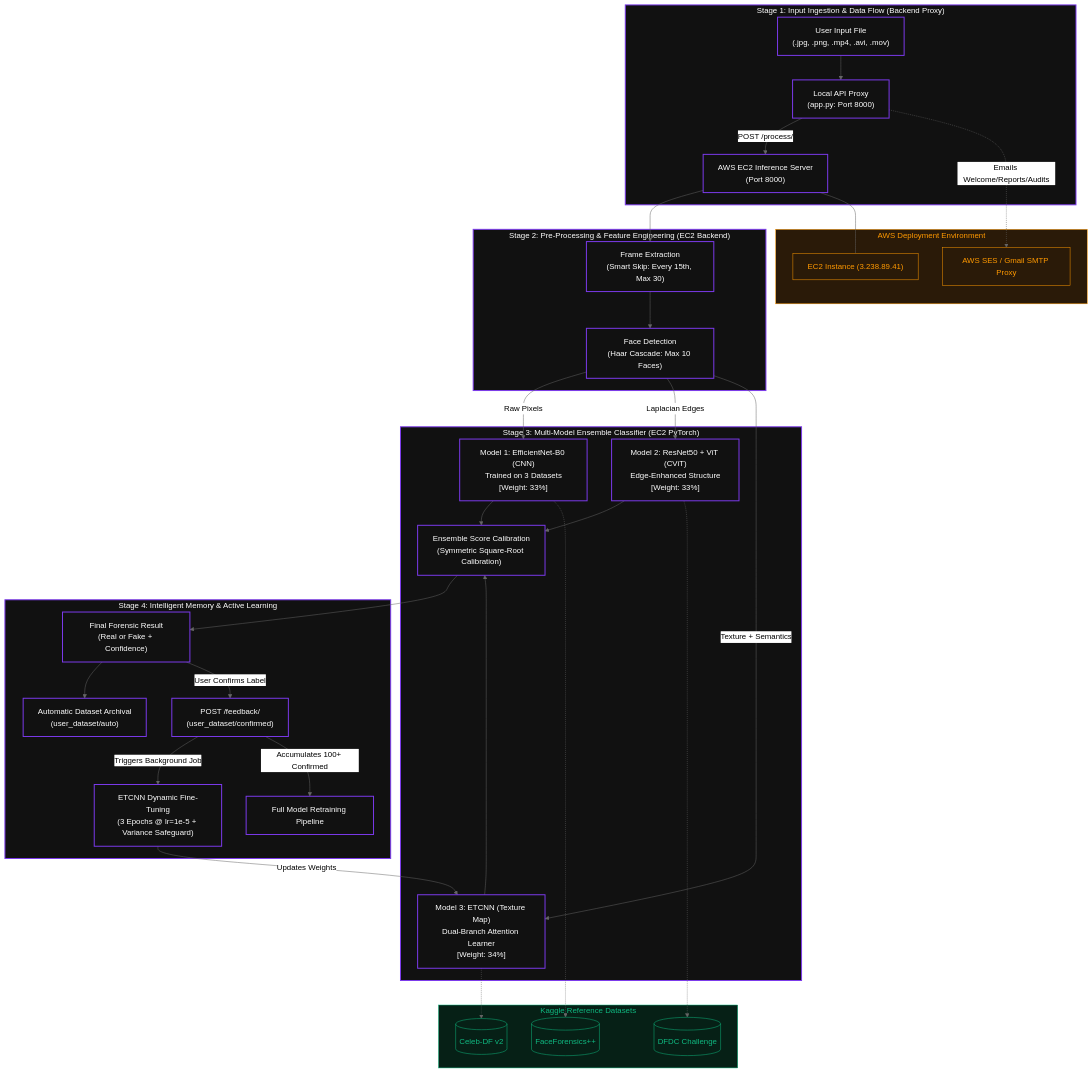
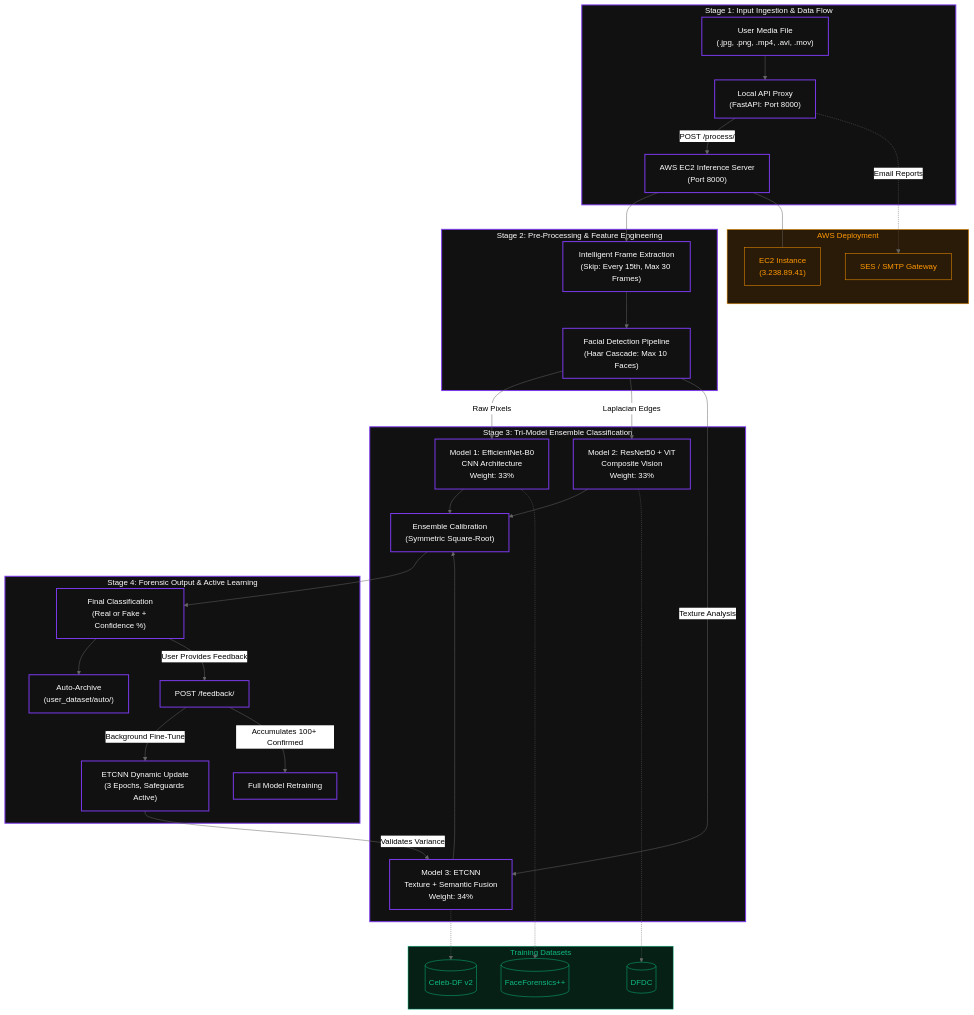
Before and after one commit to VisionStack-404/TrueVision: the diagram in README.md, drawn with Mermaid (neutral theme). The commit also changed other lines of this file, not shown here.

````diff
--- a/README.md
+++ b/README.md
@@ -20,64 +42,64 @@
 ```mermaid
 flowchart TB
-    %% Colors and Styles
+    %% Styling
     classDef stage fill:#111,stroke:#7c3aed,stroke-width:2px,color:#fff;
     classDef component fill:#1d1b26,stroke:#a78bfa,stroke-width:1px,color:#ddd;
     classDef dataset fill:#062016,stroke:#10b981,stroke-width:1px,color:#10b981;
     classDef aws fill:#2a1a08,stroke:#ff9900,stroke-width:1px,color:#ff9900;
     
-    subgraph STAGE1 ["Stage 1: Input Ingestion & Data Flow (Backend Proxy)"]
-        A["User Input File<br>(.jpg, .png, .mp4, .avi, .mov)"] --> B["Local API Proxy<br>(app.py: Port 8000)"]
-        B -->|POST /process/| C["AWS EC2 Inference Server<br>(Port 8000)"]
+    subgraph STAGE1 ["Stage 1: Input Ingestion & Data Flow"]
+        A["User Media File<br/>(.jpg, .png, .mp4, .avi, .mov)"] --> B["Local API Proxy<br/>(FastAPI: Port 8000)"]
+        B -->|POST /process/| C["AWS EC2 Inference Server<br/>(Port 8000)"]
     end
     class STAGE1,A,B,C stage;
 
-    subgraph STAGE2 ["Stage 2: Pre-Processing & Feature Engineering (EC2 Backend)"]
-        C --> D["Frame Extraction<br>(Smart Skip: Every 15th, Max 30)"]
-        D --> E["Face Detection<br>(Haar Cascade: Max 10 Faces)"]
+    subgraph STAGE2 ["Stage 2: Pre-Processing & Feature Engineering"]
+        C --> D["Intelligent Frame Extraction<br/>(Skip: Every 15th, Max 30 Frames)"]
+        D --> E["Facial Detection Pipeline<br/>(Haar Cascade: Max 10 Faces)"]
     end
     class STAGE2,D,E stage;
 
-    subgraph STAGE3 ["Stage 3: Multi-Model Ensemble Classifier (EC2 PyTorch)"]
-        E -->|Raw Pixels| M1["Model 1: EfficientNet-B0 (CNN)<br>Trained on 3 Datasets<br>[Weight: 33%]"]
-        E -->|Laplacian Edges| M2["Model 2: ResNet50 + ViT (CViT)<br>Edge-Enhanced Structure<br>[Weight: 33%]"]
-        E -->|Texture + Semantics| M3["Model 3: ETCNN (Texture Map)<br>Dual-Branch Attention Learner<br>[Weight: 34%]"]
+    subgraph STAGE3 ["Stage 3: Tri-Model Ensemble Classification"]
+        E -->|Raw Pixels| M1["Model 1: EfficientNet-B0<br/>CNN Architecture<br/>Weight: 33%"]
+        E -->|Laplacian Edges| M2["Model 2: ResNet50 + ViT<br/>Composite Vision<br/>Weight: 33%"]
+        E -->|Texture Analysis| M3["Model 3: ETCNN<br/>Texture + Semantic Fusion<br/>Weight: 34%"]
         
-        M1 --> F["Ensemble Score Calibration<br>(Symmetric Square-Root Calibration)"]
+        M1 --> F["Ensemble Calibration<br/>(Symmetric Square-Root)"]
         M2 --> F
         M3 --> F
     end
     class STAGE3,M1,M2,M3,F stage;
 
-    subgraph STAGE4 ["Stage 4: Intelligent Memory & Active Learning"]
-        F --> G["Final Forensic Result<br>(Real or Fake + Confidence)"]
-        G --> H["Automatic Dataset Archival<br>(user_dataset/auto)"]
-        G -->|User Confirms Label| I["POST /feedback/<br>(user_dataset/confirmed)"]
+    subgraph STAGE4 ["Stage 4: Forensic Output & Active Learning"]
+        F --> G["Final Classification<br/>(Real or Fake + Confidence %)"]
+        G --> H["Auto-Archive<br/>(user_dataset/auto/)"]
+        G -->|User Provides Feedback| I["POST /feedback/"]
         
-        I -->|Triggers Background Job| J["ETCNN Dynamic Fine-Tuning<br>(3 Epochs @ lr=1e-5 + Variance Safeguard)"]
-        J -->|Updates Weights| M3
+        I -->|Background Fine-Tune| J["ETCNN Dynamic Update<br/>(3 Epochs, Safeguards Active)"]
+        J -->|Validates Variance| M3
         
-        I -->|Accumulates 100+ Confirmed| K["Full Model Retraining Pipeline"]
+        I -->|Accumulates 100+ Confirmed| K["Full Model Retraining"]
     end
     class STAGE4,G,H,I,J,K stage;
     
-    %% Connections to Datasets / Services
-    subgraph DB ["Kaggle Reference Datasets"]
+    %% External Resources
+    subgraph DB ["Training Datasets"]
         DATA1[("Celeb-DF v2")]
-        DATA2[("DFDC Challenge")]
+        DATA2[("DFDC")]
         DATA3[("FaceForensics++")]
     end
     class DB,DATA1,DATA2,DATA3 dataset;
     
     M1 -.-> DATA3
     M2 -.-> DATA2
     M3 -.-> DATA1
     
-    subgraph AWS_SERV ["AWS Deployment Environment"]
-        EC2["EC2 Instance (3.238.89.41)"]
-        SES["AWS SES / Gmail SMTP Proxy"]
+    subgraph AWS_SERV ["AWS Deployment"]
+        EC2["EC2 Instance<br/>(3.238.89.41)"]
+        SES["SES / SMTP Gateway"]
     end
     class AWS_SERV,EC2,SES aws;
     
     C --- EC2
-    B -.->|Emails Welcome/Reports/Audits| SES
+    B -.->|Email Reports| SES
 ```
````
